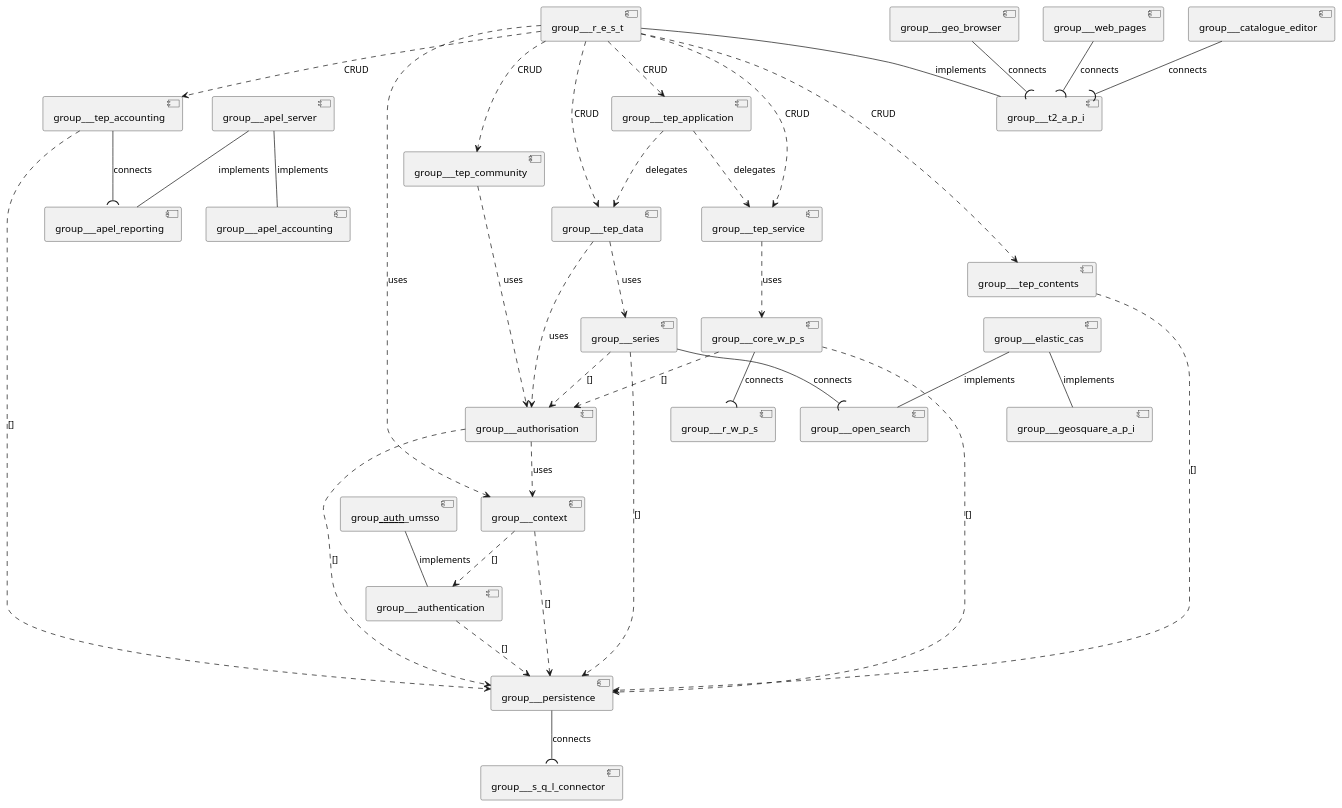
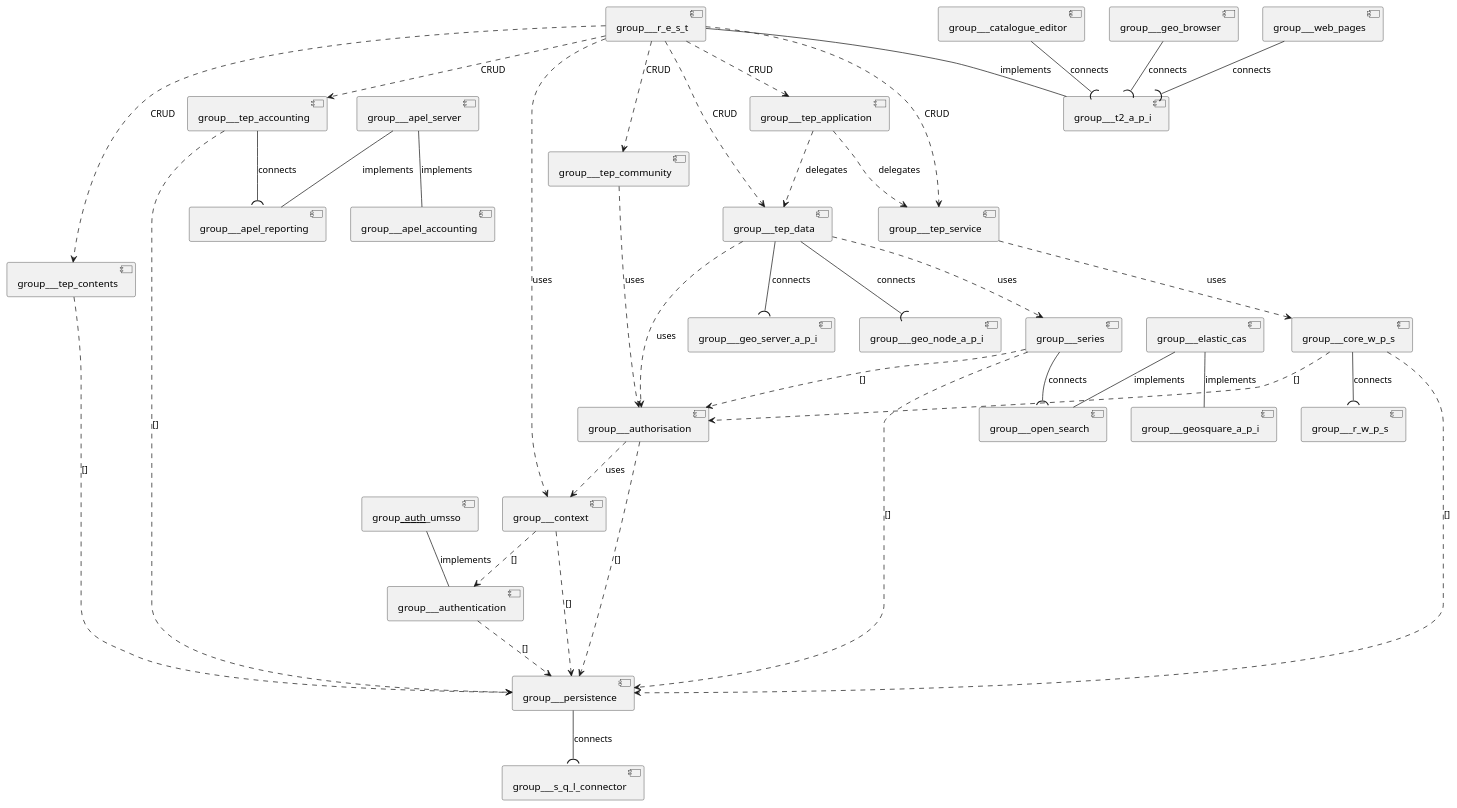
Before and after one commit to urban-tep/DDF-SDD: the diagram in source/groups/group_relations.iuml, drawn with PlantUML. The commit also changed 19 other files, not shown here.

```diff
--- a/source/groups/group_relations.iuml
+++ b/source/groups/group_relations.iuml
@@ -1,39 +1,41 @@
 @startuml
 [group___apel_server]  --  [group___apel_accounting] : implements
 [group___apel_server]  --  [group___apel_reporting] : implements
 [group___auth___umsso]  --  [group___authentication] : implements
 [group___authentication]  ..>  [group___persistence] : []
 [group___authorisation]  ..>  [group___persistence] : []
 [group___authorisation]  ..>  [group___context] : uses
 [group___catalogue_editor]  --(  [group___t2_a_p_i] : connects
 [group___context]  ..>  [group___persistence] : []
 [group___context]  ..>  [group___authentication] : []
 [group___core_w_p_s]  ..>  [group___persistence] : []
 [group___core_w_p_s]  ..>  [group___authorisation] : []
 [group___core_w_p_s]  --(  [group___r_w_p_s] : connects
 [group___elastic_cas]  --  [group___geosquare_a_p_i] : implements
 [group___elastic_cas]  --  [group___open_search] : implements
 [group___geo_browser]  --(  [group___t2_a_p_i] : connects
 [group___persistence]  --(  [group___s_q_l_connector] : connects
 [group___r_e_s_t]  ..>  [group___tep_accounting] : CRUD
 [group___r_e_s_t]  ..>  [group___tep_application] : CRUD
 [group___r_e_s_t]  ..>  [group___tep_community] : CRUD
 [group___r_e_s_t]  ..>  [group___tep_contents] : CRUD
 [group___r_e_s_t]  ..>  [group___tep_data] : CRUD
 [group___r_e_s_t]  ..>  [group___tep_service] : CRUD
 [group___r_e_s_t]  ..>  [group___context] : uses
 [group___r_e_s_t]  --  [group___t2_a_p_i] : implements
 [group___series]  --(  [group___open_search] : connects
 [group___series]  ..>  [group___persistence] : []
 [group___series]  ..>  [group___authorisation] : []
 [group___tep_accounting]  --(  [group___apel_reporting] : connects
 [group___tep_accounting]  ..>  [group___persistence] : []
 [group___tep_application]  ..>  [group___tep_data] : delegates
 [group___tep_application]  ..>  [group___tep_service] : delegates
 [group___tep_community]  ..>  [group___authorisation] : uses
 [group___tep_contents]  ..>  [group___persistence] : []
 [group___tep_data]  ..>  [group___authorisation] : uses
 [group___tep_data]  ..>  [group___series] : uses
+[group___tep_data]  --(  [group___geo_server_a_p_i] : connects
+[group___tep_data]  --(  [group___geo_node_a_p_i] : connects
 [group___tep_service]  ..>  [group___core_w_p_s] : uses
 [group___web_pages]  --(  [group___t2_a_p_i] : connects
 @enduml
```
